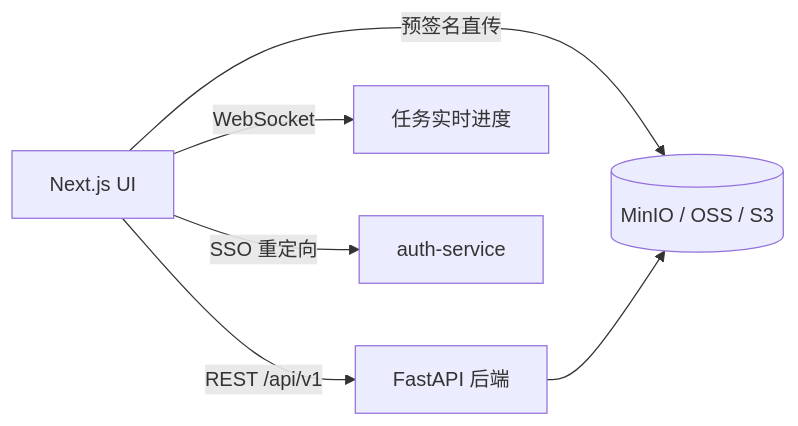
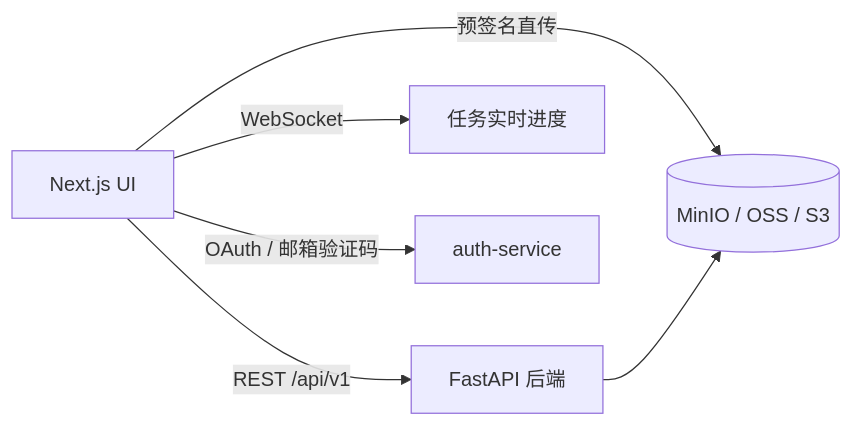
Before and after one commit to HyxiaoGe/ai-audio-assistant-ui: the diagram in README.md, drawn with Mermaid. The commit also changed other lines of this file and 21 other files, not shown here.

````diff
--- a/README.md
+++ b/README.md
@@ -44,8 +44,8 @@
 ```mermaid
 flowchart LR
   UI[Next.js UI] -->|REST /api/v1| BE[FastAPI 后端]
   UI -->|WebSocket| WS[任务实时进度]
   UI -->|预签名直传| S3[(MinIO / OSS / S3)]
-  UI -->|SSO 重定向| AUTH[auth-service]
+  UI -->|OAuth / 邮箱验证码| AUTH[auth-service]
   BE --> S3
 ```
````
